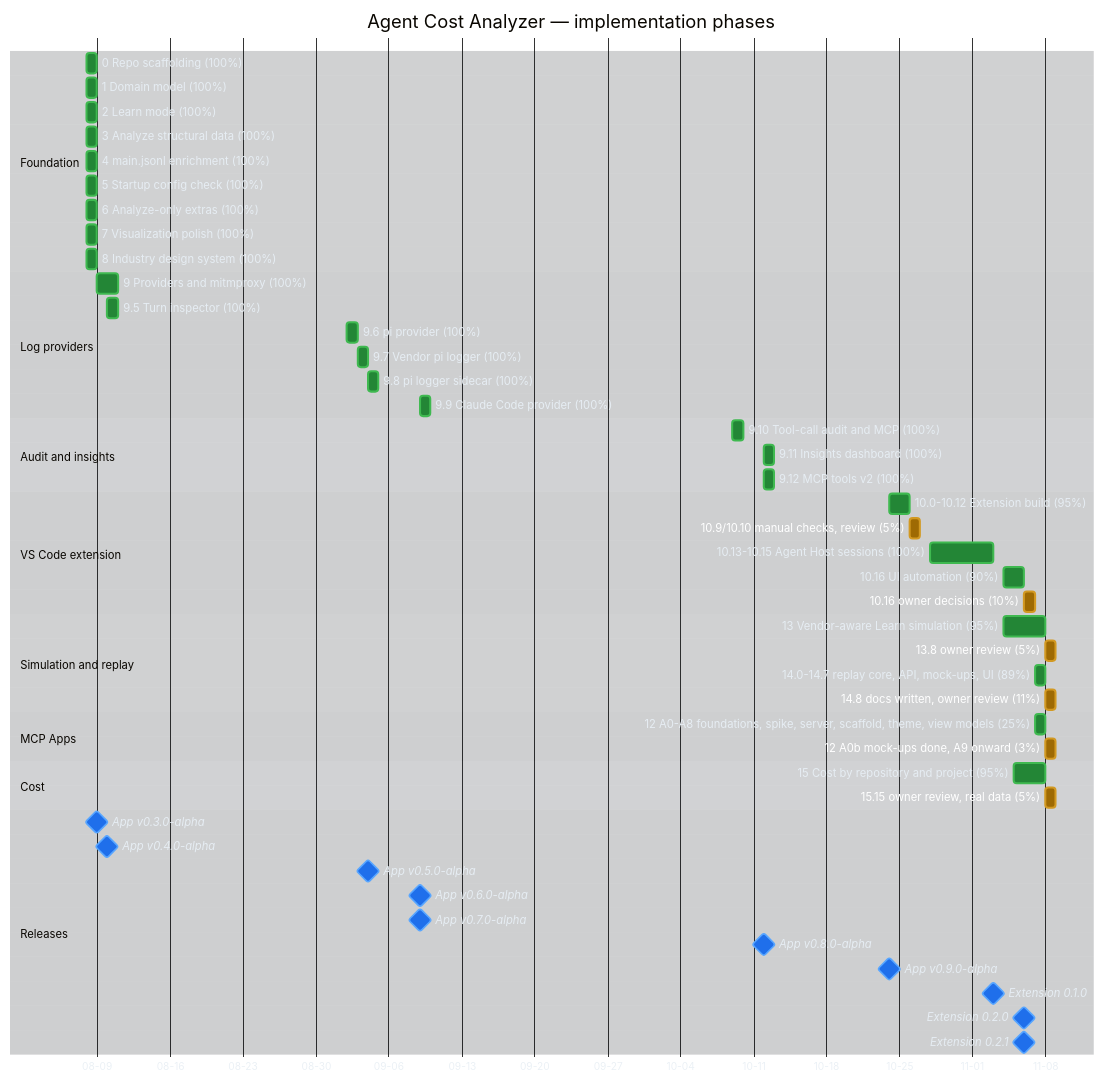
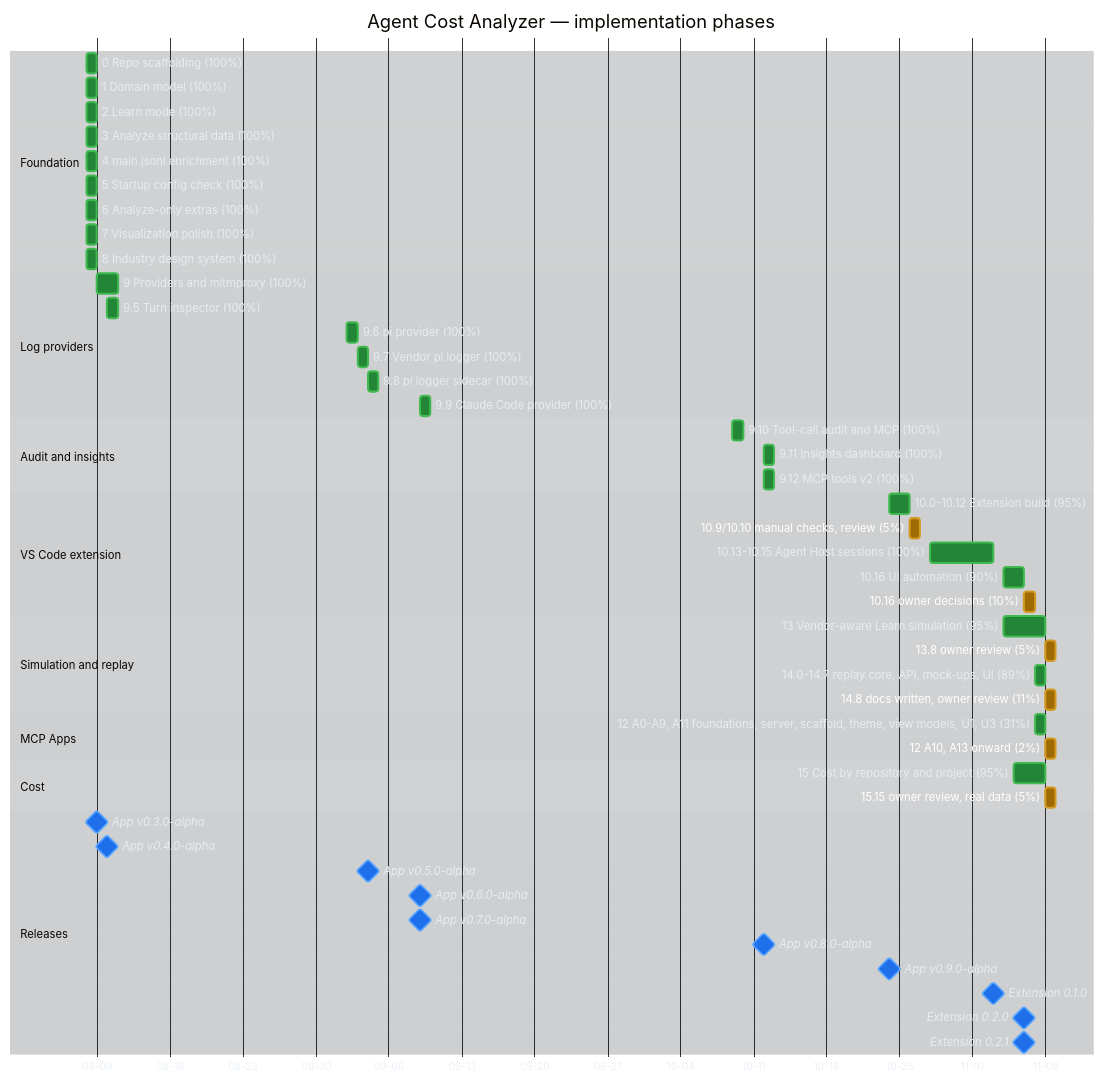
Before and after one commit to raulkivi/agent-cost-analyzer: the first of 2 diagrams in docs/implementation-plan-gantt.md, drawn with Mermaid. The commit also changed other lines of this file and 37 other files, not shown here.

```diff
--- a/docs/implementation-plan-gantt.md
+++ b/docs/implementation-plan-gantt.md
@@ -76,8 +76,8 @@
     14.8 docs written, owner review (11%)  :active, p14r, after p14, 1d
 
     section MCP Apps
-    12 A0-A8 foundations, spike, server, scaffold, theme, view models (25%) :done, p12a, 2026-11-07, 1d
-    12 A0b mock-ups done, A9 onward (3%) :active, p12b, after p12a, 1d
+    12 A0-A9, A11 foundations, server, scaffold, theme, view models, U1, U3 (31%) :done, p12a, 2026-11-07, 1d
+    12 A10, A13 onward (2%) :active, p12b, after p12a, 1d
 
     section Cost
     15 Cost by repository and project (95%) :done, p15, 2026-11-05, 3d
```
